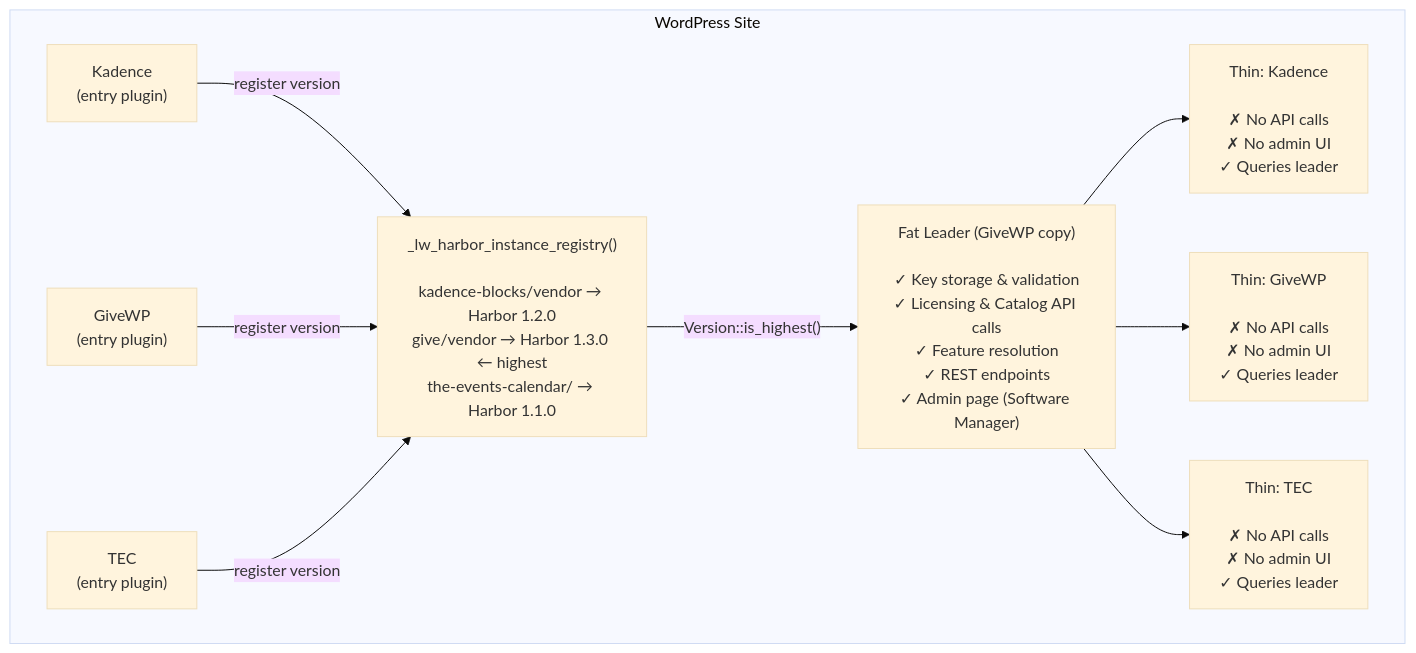
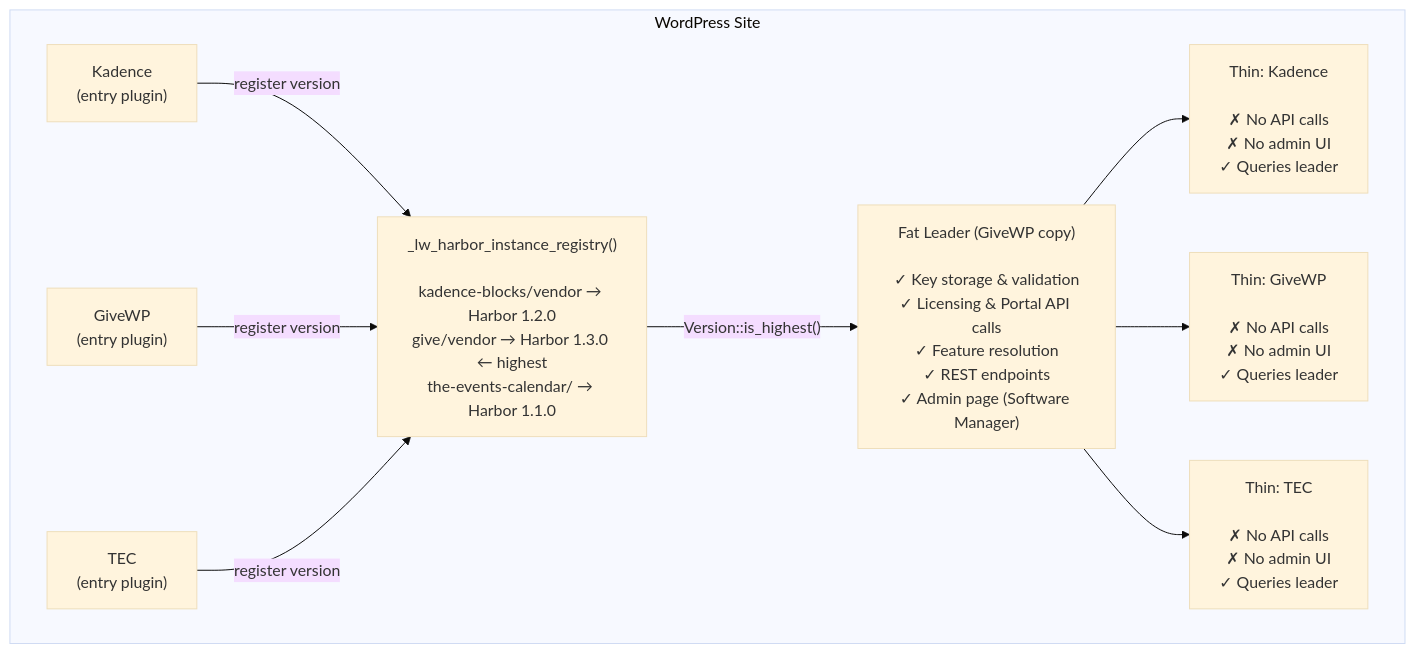
One commit to stellarwp/license-manager changed the diagram in docs/architecture/fat-leader-thin-instance.md. Above: the diagram before and after it, drawn with Mermaid (base theme). The commit also changed other lines of this file and 159 other files, not shown here.

Commit message:
SCON-583: Rename 'Catalog' to 'Portal'

````diff
--- a/docs/architecture/fat-leader-thin-instance.md
+++ b/docs/architecture/fat-leader-thin-instance.md
@@ -11,18 +11,18 @@
 ```mermaid
 flowchart TD
     subgraph site["WordPress Site"]
         Kadence["Kadence\n(entry plugin)"] -->|register version| Registry
         GiveWP["GiveWP\n(entry plugin)"] -->|register version| Registry
         TEC["TEC\n(entry plugin)"] -->|register version| Registry
 
         Registry["_lw_harbor_instance_registry()\n\nkadence-blocks/vendor → Harbor 1.2.0\ngive/vendor → Harbor 1.3.0 ← highest\nthe-events-calendar/ → Harbor 1.1.0"]
 
         Registry -->|"Version::is_highest()"| Leader
 
-        Leader["Fat Leader (GiveWP copy)\n\n✓ Key storage & validation\n✓ Licensing & Catalog API calls\n✓ Feature resolution\n✓ REST endpoints\n✓ Admin page (Software Manager)"]
+        Leader["Fat Leader (GiveWP copy)\n\n✓ Key storage & validation\n✓ Licensing & Portal API calls\n✓ Feature resolution\n✓ REST endpoints\n✓ Admin page (Software Manager)"]
 
         Leader --> ThinKadence["Thin: Kadence\n\n✗ No API calls\n✗ No admin UI\n✓ Queries leader"]
         Leader --> ThinGiveWP["Thin: GiveWP\n\n✗ No API calls\n✗ No admin UI\n✓ Queries leader"]
         Leader --> ThinTEC["Thin: TEC\n\n✗ No API calls\n✗ No admin UI\n✓ Queries leader"]
     end
 ```
````
